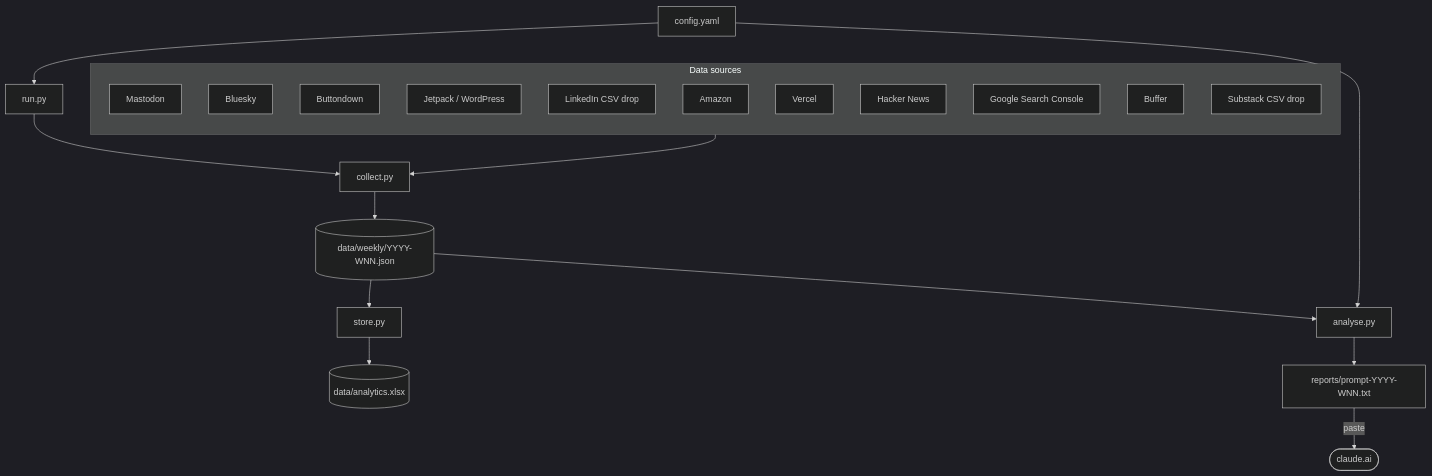
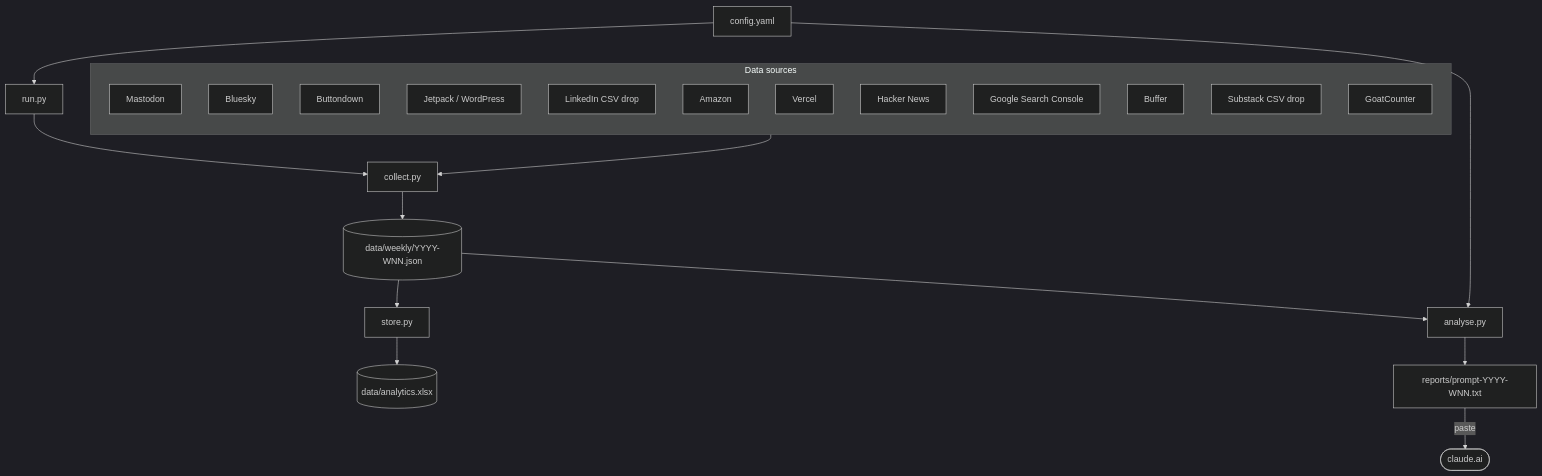
One commit to catehstn/social-brain changed the diagram in README.md. Above: the diagram before and after it, drawn with Mermaid (dark theme). The commit also changed other lines of this file and 1 other file, not shown here.

First line of the commit message:
Add GoatCounter tests and README docs

````diff
--- a/README.md
+++ b/README.md
@@ -194,38 +208,39 @@
 ```mermaid
 flowchart TD
     subgraph sources["Data sources"]
         direction TB
         S1[Mastodon]
         S2[Bluesky]
         S3[Buttondown]
         S4[Jetpack / WordPress]
         S5[LinkedIn CSV drop]
         S6[Amazon]
         S7[Vercel]
         S8[Hacker News]
         S9[Google Search Console]
         S10[Buffer]
         S11[Substack CSV drop]
+        S12[GoatCounter]
     end
 
     CFG[config.yaml]
     CLI[run.py]
     COL[collect.py]
     STO[store.py]
     ANA[analyse.py]
     XLS[(data/analytics.xlsx)]
     JSON[(data/weekly/YYYY-WNN.json)]
     TXT[reports/prompt-YYYY-WNN.txt]
     AI([claude.ai])
 
     CFG --> CLI
     CLI --> COL
     sources --> COL
     COL --> JSON
     JSON --> STO
     STO --> XLS
     JSON --> ANA
     CFG --> ANA
     ANA --> TXT
     TXT -->|paste| AI
 ```
````
